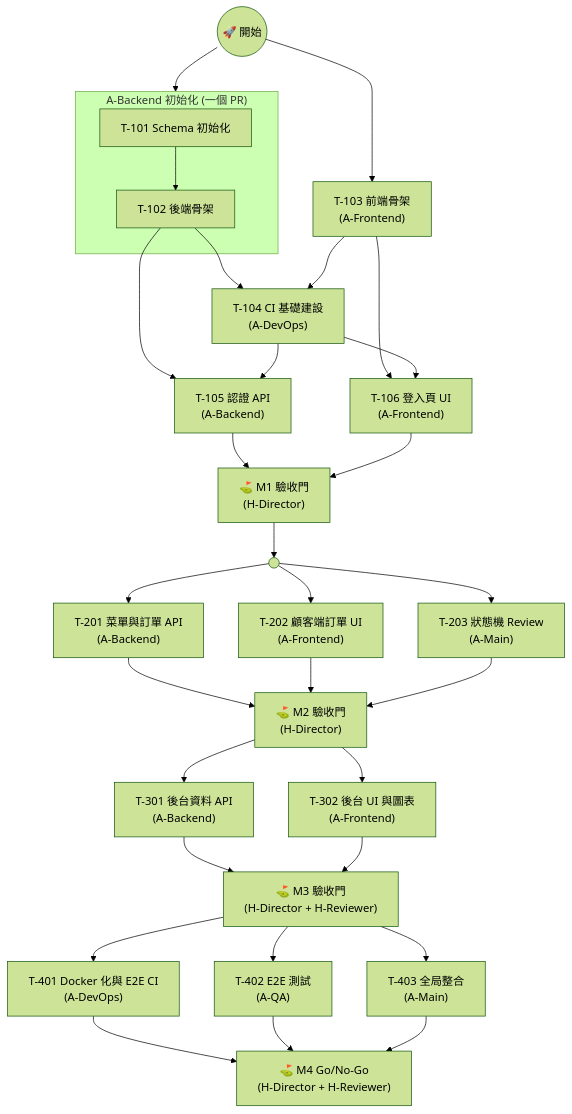
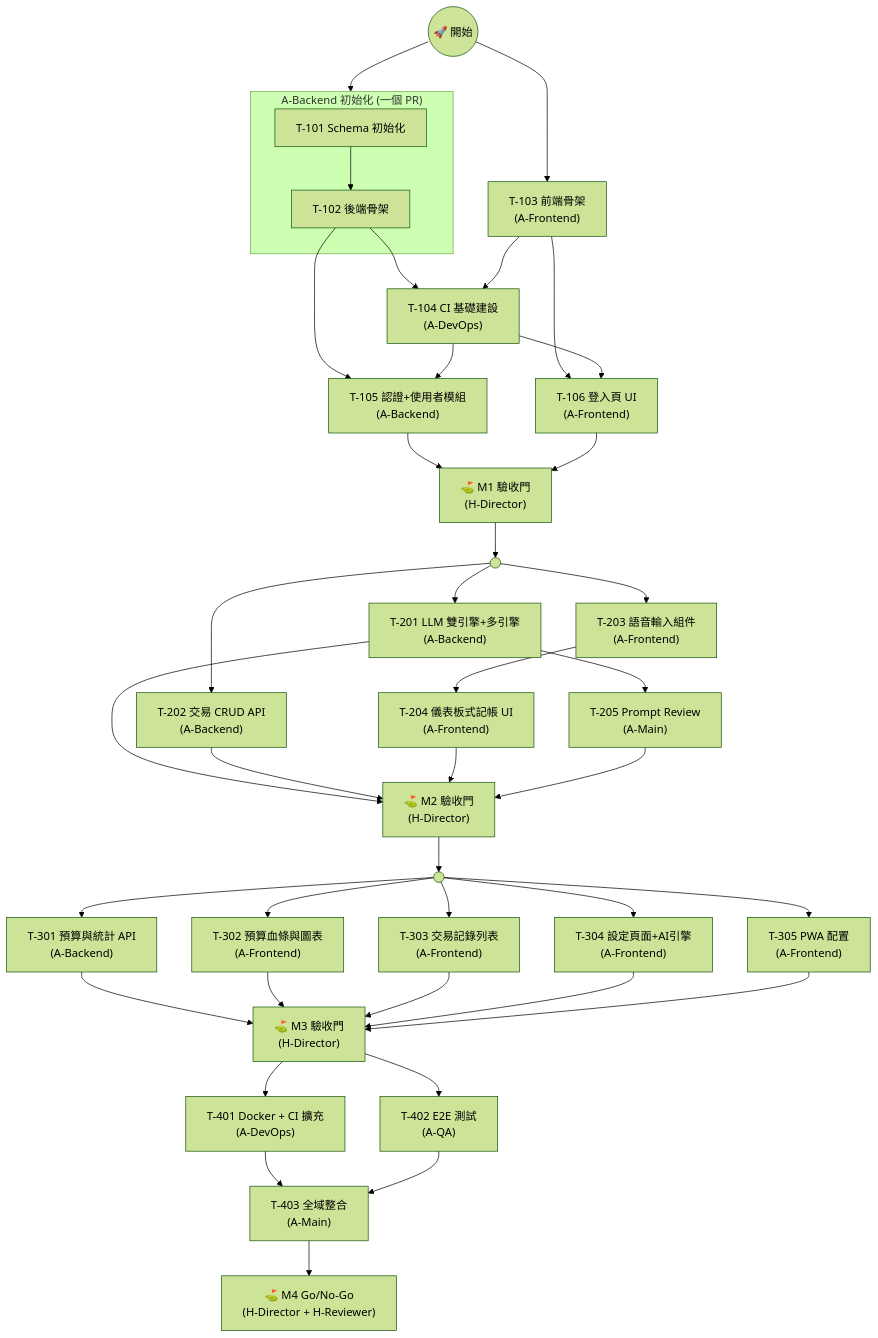
The third of 5 diagrams in .claude/skills/vibe-sdlc-p1-spec/examples/docs/02-Dev_Plan.md (robin-li/vibe-money-book), drawn with Mermaid (forest theme) before and after one commit. The commit also changed other lines of this file and 8 other files, not shown here.

````diff
--- a/.claude/skills/vibe-sdlc-p1-spec/examples/docs/02-Dev_Plan.md
+++ b/.claude/skills/vibe-sdlc-p1-spec/examples/docs/02-Dev_Plan.md
@@ -379,41 +608,47 @@
 ```mermaid
 flowchart TB
     START(("🚀 開始")) --> BE_INIT & T103
 
     subgraph BE_INIT["A-Backend 初始化 (一個 PR)"]
         T101["T-101 Schema 初始化"] --> T102["T-102 後端骨架"]
     end
     T103["T-103 前端骨架<br/>(A-Frontend)"]
 
     T102 & T103 --> T104["T-104 CI 基礎建設<br/>(A-DevOps)"]
 
-    T102 & T104 --> T105["T-105 認證 API<br/>(A-Backend)"]
+    T102 & T104 --> T105["T-105 認證+使用者模組<br/>(A-Backend)"]
     T103 & T104 --> T106["T-106 登入頁 UI<br/>(A-Frontend)"]
 
     T105 & T106 --> M1G["⛳ M1 驗收門<br/>(H-Director)"]
 
-    M1G --> G3_FORK((" "))
+    M1G --> G2_FORK((" "))
+    G2_FORK --> T201 & T202 & T203
 
-    G3_FORK --> T201 & T202 & T203
+    T201["T-201 LLM 雙引擎+多引擎<br/>(A-Backend)"]
+    T202["T-202 交易 CRUD API<br/>(A-Backend)"]
+    T203["T-203 語音輸入組件<br/>(A-Frontend)"]
 
-    T201["T-201 菜單與訂單 API<br/>(A-Backend)"]
-    T202["T-202 顧客端訂單 UI<br/>(A-Frontend)"]
-    T203["T-203 狀態機 Review<br/>(A-Main)"]
+    T201 --> T205["T-205 Prompt Review<br/>(A-Main)"]
+    T203 --> T204["T-204 儀表板式記帳 UI<br/>(A-Frontend)"]
 
-    T201 & T202 & T203 --> M2G["⛳ M2 驗收門<br/>(H-Director)"]
+    T201 & T202 & T204 & T205 --> M2G["⛳ M2 驗收門<br/>(H-Director)"]
 
-    M2G --> T301 & T302
+    M2G --> G3_FORK((" "))
+    G3_FORK --> T301 & T302 & T303 & T304 & T305
 
-    T301["T-301 後台資料 API<br/>(A-Backend)"]
-    T302["T-302 後台 UI 與圖表<br/>(A-Frontend)"]
+    T301["T-301 預算與統計 API<br/>(A-Backend)"]
+    T302["T-302 預算血條與圖表<br/>(A-Frontend)"]
+    T303["T-303 交易記錄列表<br/>(A-Frontend)"]
+    T304["T-304 設定頁面+AI引擎<br/>(A-Frontend)"]
+    T305["T-305 PWA 配置<br/>(A-Frontend)"]
 
-    T301 & T302 --> M3G["⛳ M3 驗收門<br/>(H-Director + H-Reviewer)"]
+    T301 & T302 & T303 & T304 & T305 --> M3G["⛳ M3 驗收門<br/>(H-Director)"]
 
-    M3G --> T401 & T402 & T403
+    M3G --> T401 & T402
 
-    T401["T-401 Docker 化與 E2E CI<br/>(A-DevOps)"]
+    T401["T-401 Docker + CI 擴充<br/>(A-DevOps)"]
     T402["T-402 E2E 測試<br/>(A-QA)"]
-    T403["T-403 全局整合<br/>(A-Main)"]
 
-    T401 & T402 & T403 --> M4G["⛳ M4 Go/No-Go<br/>(H-Director + H-Reviewer)"]
+    T401 & T402 --> T403["T-403 全域整合<br/>(A-Main)"]
+    T403 --> M4G["⛳ M4 Go/No-Go<br/>(H-Director + H-Reviewer)"]
 ```
````
